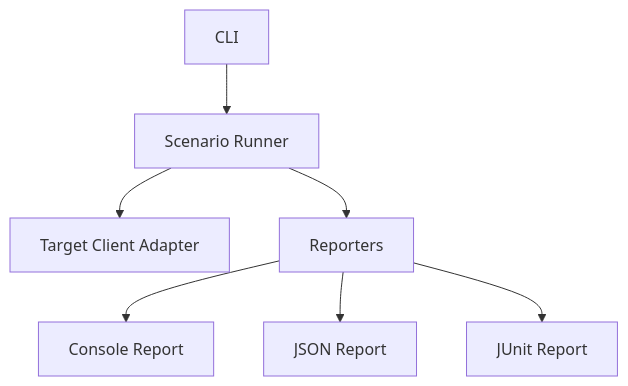
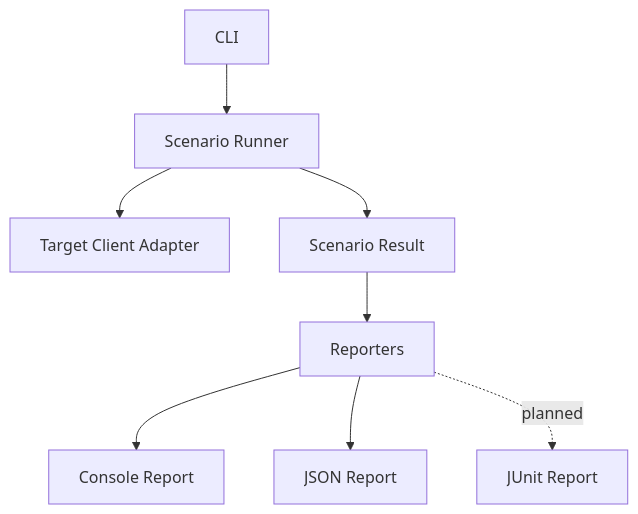
Before and after one commit to anilloutombam/mcp-failure-lab: the third of 3 diagrams in README.md, drawn with Mermaid. The commit also changed other lines of this file and 3 other files, not shown here.

Commit message:
feat: add structured scenario reporters

````diff
--- a/README.md
+++ b/README.md
@@ -103,9 +102,10 @@
 ```mermaid
 graph TD
     CLI[CLI] --> Runner[Scenario Runner]
     Runner --> Adapter[Target Client Adapter]
-    Runner --> Reporters[Reporters]
+    Runner --> Recording[Scenario Result]
+    Recording --> Reporters[Reporters]
     Reporters --> ConsoleReport[Console Report]
     Reporters --> JsonReport[JSON Report]
-    Reporters --> JunitReport[JUnit Report]
+    Reporters -. planned .-> JunitReport[JUnit Report]
 ```
````
